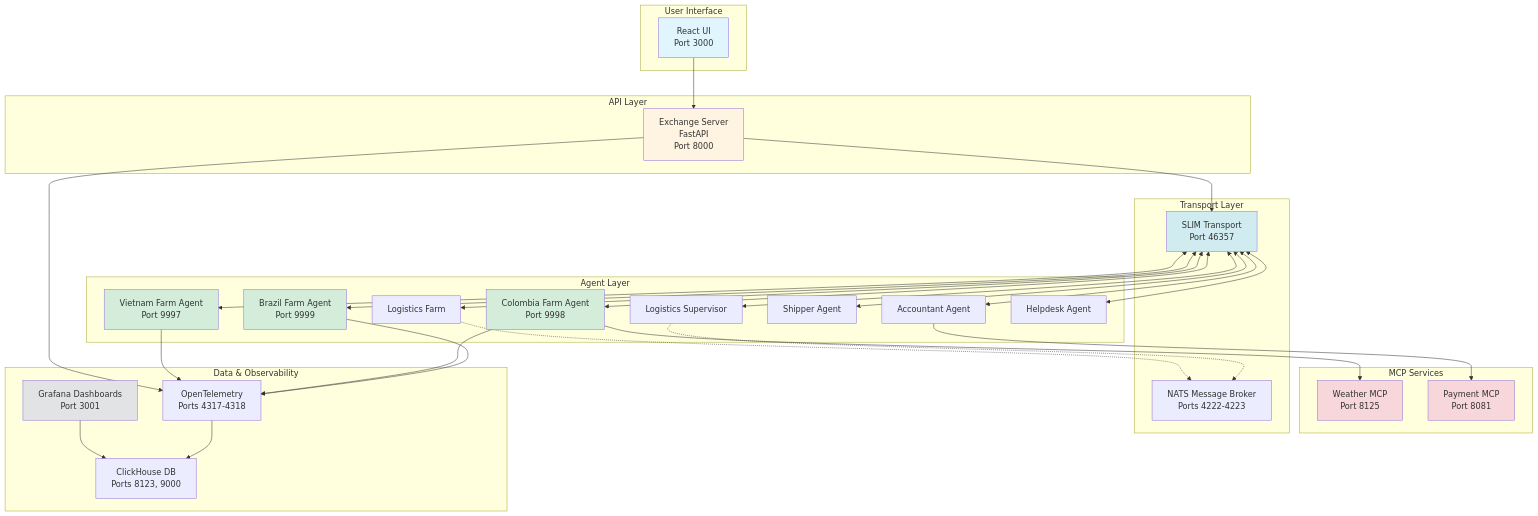
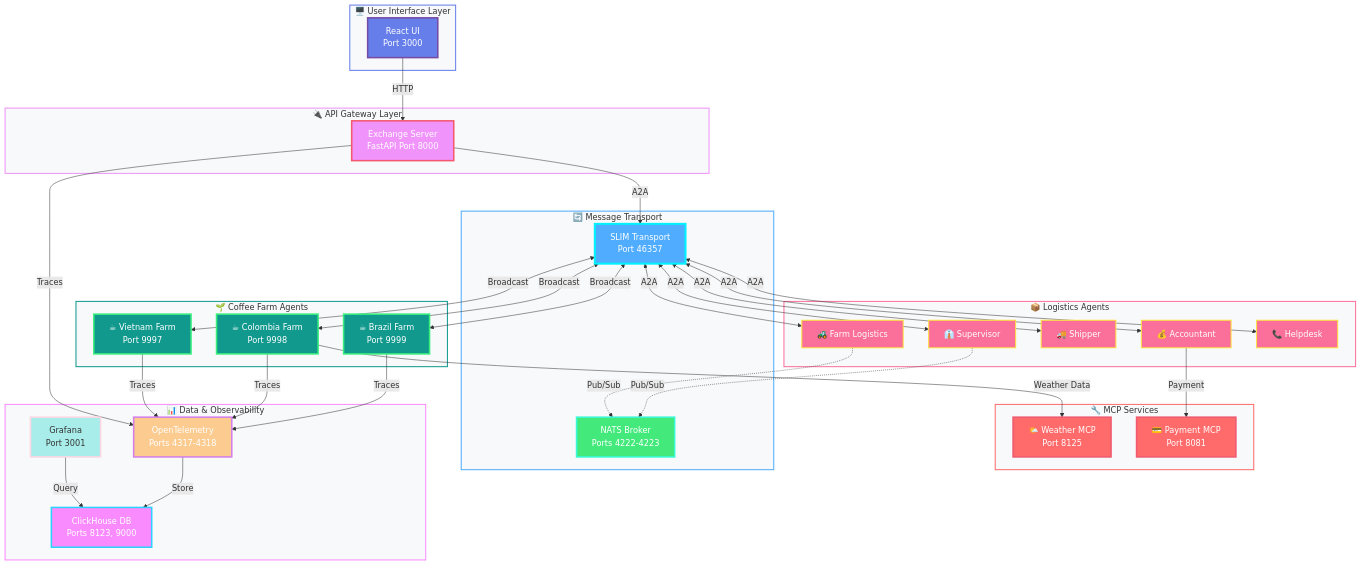
The first of 4 diagrams in README.md (rjamoriz/Agentcy-Multiagents), drawn with Mermaid before and after one commit. The commit also changed other lines of this file, not shown here.

First line of the commit message:
🎨 Update Mermaid diagrams with vibrant gradient colors and emojis

````diff
--- a/README.md
+++ b/README.md
@@ -18,73 +18,97 @@
 ```mermaid
 graph TB
-    subgraph "User Interface"
+    subgraph UI_LAYER["🖥️ User Interface Layer"]
         UI[React UI<br/>Port 3000]
     end
     
-    subgraph "API Layer"
-        API[Exchange Server<br/>FastAPI<br/>Port 8000]
+    subgraph API_LAYER["🔌 API Gateway Layer"]
+        API[Exchange Server<br/>FastAPI Port 8000]
     end
     
-    subgraph "Agent Layer"
-        BRAZIL[Brazil Farm Agent<br/>Port 9999]
-        COLOMBIA[Colombia Farm Agent<br/>Port 9998]
-        VIETNAM[Vietnam Farm Agent<br/>Port 9997]
-        SUPERVISOR[Logistics Supervisor]
-        FARM_LOG[Logistics Farm]
-        SHIPPER[Shipper Agent]
-        ACCOUNTANT[Accountant Agent]
-        HELPDESK[Helpdesk Agent]
+    subgraph FARM_AGENTS["🌱 Coffee Farm Agents"]
+        BRAZIL[☕ Brazil Farm<br/>Port 9999]
+        COLOMBIA[☕ Colombia Farm<br/>Port 9998]
+        VIETNAM[☕ Vietnam Farm<br/>Port 9997]
     end
     
-    subgraph "MCP Services"
-        WEATHER[Weather MCP<br/>Port 8125]
-        PAYMENT[Payment MCP<br/>Port 8081]
+    subgraph LOGISTICS["📦 Logistics Agents"]
+        SUPERVISOR[👔 Supervisor]
+        FARM_LOG[🚜 Farm Logistics]
+        SHIPPER[🚚 Shipper]
+        ACCOUNTANT[💰 Accountant]
+        HELPDESK[📞 Helpdesk]
     end
     
-    subgraph "Transport Layer"
-        SLIM[SLIM Transport<br/>Port 46357]
-        NATS[NATS Message Broker<br/>Ports 4222-4223]
+    subgraph MCP_LAYER["🔧 MCP Services"]
+        WEATHER[🌤️ Weather MCP<br/>Port 8125]
+        PAYMENT[💳 Payment MCP<br/>Port 8081]
     end
     
-    subgraph "Data & Observability"
+    subgraph TRANSPORT["🔄 Message Transport"]
+        SLIM[SLIM Transport<br/>Port 46357]
+        NATS[NATS Broker<br/>Ports 4222-4223]
+    end
+    
+    subgraph OBSERVABILITY["📊 Data & Observability"]
         CLICKHOUSE[ClickHouse DB<br/>Ports 8123, 9000]
         OTEL[OpenTelemetry<br/>Ports 4317-4318]
-        GRAFANA[Grafana Dashboards<br/>Port 3001]
+        GRAFANA[Grafana<br/>Port 3001]
     end
     
-    UI --> API
-    API --> SLIM
+    UI -->|HTTP| API
+    API -->|A2A| SLIM
     
-    SLIM <--> BRAZIL
-    SLIM <--> COLOMBIA
-    SLIM <--> VIETNAM
-    SLIM <--> SUPERVISOR
-    SLIM <--> FARM_LOG
-    SLIM <--> SHIPPER
-    SLIM <--> ACCOUNTANT
-    SLIM <--> HELPDESK
+    SLIM <-->|Broadcast| BRAZIL
+    SLIM <-->|Broadcast| COLOMBIA
+    SLIM <-->|Broadcast| VIETNAM
+    SLIM <-->|A2A| SUPERVISOR
+    SLIM <-->|A2A| FARM_LOG
+    SLIM <-->|A2A| SHIPPER
+    SLIM <-->|A2A| ACCOUNTANT
+    SLIM <-->|A2A| HELPDESK
     
-    COLOMBIA --> WEATHER
-    ACCOUNTANT --> PAYMENT
+    COLOMBIA -->|Weather Data| WEATHER
+    ACCOUNTANT -->|Payment| PAYMENT
     
-    BRAZIL --> OTEL
-    COLOMBIA --> OTEL
-    VIETNAM --> OTEL
-    API --> OTEL
+    BRAZIL -->|Traces| OTEL
+    COLOMBIA -->|Traces| OTEL
+    VIETNAM -->|Traces| OTEL
+    API -->|Traces| OTEL
     
-    OTEL --> CLICKHOUSE
-    GRAFANA --> CLICKHOUSE
+    OTEL -->|Store| CLICKHOUSE
+    GRAFANA -->|Query| CLICKHOUSE
     
-    SUPERVISOR -.-> NATS
-    FARM_LOG -.-> NATS
+    SUPERVISOR -.->|Pub/Sub| NATS
+    FARM_LOG -.->|Pub/Sub| NATS
     
-    style UI fill:#e1f5ff
-    style API fill:#fff4e1
-    style BRAZIL fill:#d4edda
-    style COLOMBIA fill:#d4edda
-    style VIETNAM fill:#d4edda
-    style WEATHER fill:#f8d7da
-    style PAYMENT fill:#f8d7da
-    style SLIM fill:#d1ecf1
-    style GRAFANA fill:#e2e3e5
+    style UI fill:#667eea,stroke:#764ba2,stroke-width:3px,color:#fff
+    style API fill:#f093fb,stroke:#f5576c,stroke-width:3px,color:#fff
+    
+    style BRAZIL fill:#11998e,stroke:#38ef7d,stroke-width:3px,color:#fff
+    style COLOMBIA fill:#11998e,stroke:#38ef7d,stroke-width:3px,color:#fff
+    style VIETNAM fill:#11998e,stroke:#38ef7d,stroke-width:3px,color:#fff
+    
+    style SUPERVISOR fill:#fa709a,stroke:#fee140,stroke-width:2px,color:#fff
+    style FARM_LOG fill:#fa709a,stroke:#fee140,stroke-width:2px,color:#fff
+    style SHIPPER fill:#fa709a,stroke:#fee140,stroke-width:2px,color:#fff
+    style ACCOUNTANT fill:#fa709a,stroke:#fee140,stroke-width:2px,color:#fff
+    style HELPDESK fill:#fa709a,stroke:#fee140,stroke-width:2px,color:#fff
+    
+    style WEATHER fill:#ff6b6b,stroke:#ee5a6f,stroke-width:3px,color:#fff
+    style PAYMENT fill:#ff6b6b,stroke:#ee5a6f,stroke-width:3px,color:#fff
+    
+    style SLIM fill:#4facfe,stroke:#00f2fe,stroke-width:4px,color:#fff
+    style NATS fill:#43e97b,stroke:#38f9d7,stroke-width:3px,color:#fff
+    
+    style CLICKHOUSE fill:#fa8bff,stroke:#2bd2ff,stroke-width:3px,color:#fff
+    style OTEL fill:#fccb90,stroke:#d57eeb,stroke-width:3px,color:#fff
+    style GRAFANA fill:#a8edea,stroke:#fed6e3,stroke-width:3px,color:#333
+    
+    style UI_LAYER fill:#f8f9fa,stroke:#667eea,stroke-width:2px
+    style API_LAYER fill:#f8f9fa,stroke:#f093fb,stroke-width:2px
+    style FARM_AGENTS fill:#f8f9fa,stroke:#11998e,stroke-width:2px
+    style LOGISTICS fill:#f8f9fa,stroke:#fa709a,stroke-width:2px
+    style MCP_LAYER fill:#f8f9fa,stroke:#ff6b6b,stroke-width:2px
+    style TRANSPORT fill:#f8f9fa,stroke:#4facfe,stroke-width:2px
+    style OBSERVABILITY fill:#f8f9fa,stroke:#fa8bff,stroke-width:2px
 ```
````
